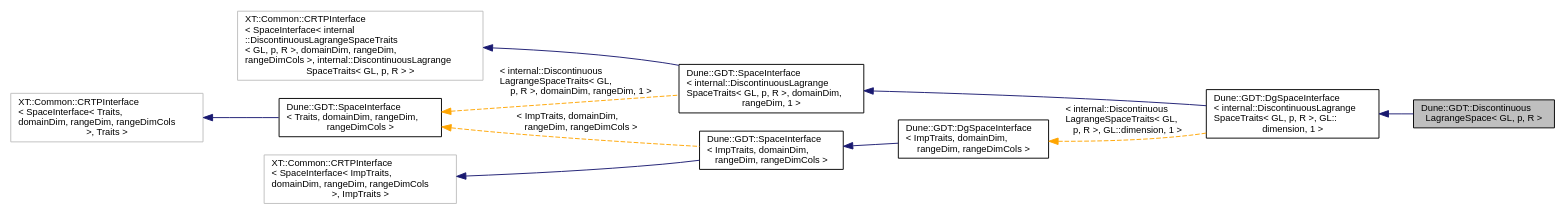
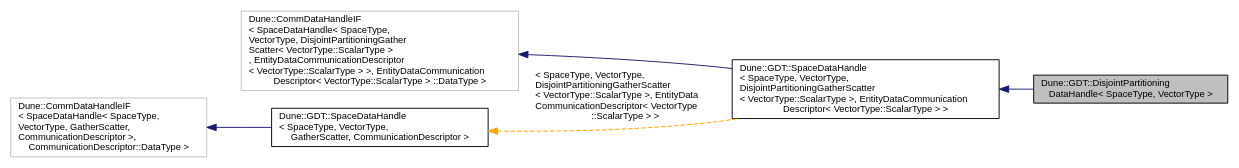
The diagram in docs/dune-gdt/''/a02560.dot (dune-community/dune-community.github.io), drawn with Graphviz before and after one commit. The commit also changed 2591 other files, not shown here.

Commit message:
Updated documentation for dune-gdt ''

```diff
--- a/docs/dune-gdt/''/a02560.dot
+++ b/docs/dune-gdt/''/a02560.dot
@@ -1,24 +1,15 @@
-digraph "Dune::GDT::DiscontinuousLagrangeSpace&lt; GL, p, R &gt;"
+digraph "Dune::GDT::DisjointPartitioningDataHandle&lt; SpaceType, VectorType &gt;"
 {
   edge [fontname="Helvetica",fontsize="10",labelfontname="Helvetica",labelfontsize="10"];
   node [fontname="Helvetica",fontsize="10",shape=record];
   rankdir="LR";
-  Node0 [label="Dune::GDT::Discontinuous\lLagrangeSpace\< GL, p, R \>",height=0.2,width=0.4,color="black", fillcolor="grey75", style="filled", fontcolor="black"];
+  Node0 [label="Dune::GDT::DisjointPartitioning\lDataHandle\< SpaceType, VectorType \>",height=0.2,width=0.4,color="black", fillcolor="grey75", style="filled", fontcolor="black"];
   Node1 -> Node0 [dir="back",color="midnightblue",fontsize="10",style="solid",fontname="Helvetica"];
-  Node1 [label="Dune::GDT::DgSpaceInterface\l\< internal::DiscontinuousLagrange\lSpaceTraits\< GL, p, R \>, GL::\ldimension, 1 \>",height=0.2,width=0.4,color="black", fillcolor="white", style="filled",URL="$a02589.html"];
+  Node1 [label="Dune::GDT::SpaceDataHandle\l\< SpaceType, VectorType,\l DisjointPartitioningGatherScatter\l\< VectorType::ScalarType \>, EntityDataCommunication\lDescriptor\< VectorType::ScalarType \> \>",height=0.2,width=0.4,color="black", fillcolor="white", style="filled",URL="$a02529.html"];
   Node2 -> Node1 [dir="back",color="midnightblue",fontsize="10",style="solid",fontname="Helvetica"];
-  Node2 [label="Dune::GDT::SpaceInterface\l\< internal::DiscontinuousLagrange\lSpaceTraits\< GL, p, R \>, domainDim,\l rangeDim, 1 \>",height=0.2,width=0.4,color="black", fillcolor="white", style="filled",URL="$a02705.html"];
-  Node3 -> Node2 [dir="back",color="midnightblue",fontsize="10",style="solid",fontname="Helvetica"];
-  Node3 [label="XT::Common::CRTPInterface\l\< SpaceInterface\< internal\l::DiscontinuousLagrangeSpaceTraits\l\< GL, p, R \>, domainDim, rangeDim,\l rangeDimCols \>, internal::DiscontinuousLagrange\lSpaceTraits\< GL, p, R \> \>",height=0.2,width=0.4,color="grey75", fillcolor="white", style="filled"];
-  Node4 -> Node2 [dir="back",color="orange",fontsize="10",style="dashed",label=" \< internal::Discontinuous\lLagrangeSpaceTraits\< GL,\l p, R \>, domainDim, rangeDim, 1 \>" ,fontname="Helvetica"];
-  Node4 [label="Dune::GDT::SpaceInterface\l\< Traits, domainDim, rangeDim,\l rangeDimCols \>",height=0.2,width=0.4,color="black", fillcolor="white", style="filled",URL="$a02705.html"];
-  Node5 -> Node4 [dir="back",color="midnightblue",fontsize="10",style="solid",fontname="Helvetica"];
-  Node5 [label="XT::Common::CRTPInterface\l\< SpaceInterface\< Traits,\l domainDim, rangeDim, rangeDimCols\l \>, Traits \>",height=0.2,width=0.4,color="grey75", fillcolor="white", style="filled"];
-  Node6 -> Node1 [dir="back",color="orange",fontsize="10",style="dashed",label=" \< internal::Discontinuous\lLagrangeSpaceTraits\< GL,\l p, R \>, GL::dimension, 1 \>" ,fontname="Helvetica"];
-  Node6 [label="Dune::GDT::DgSpaceInterface\l\< ImpTraits, domainDim,\l rangeDim, rangeDimCols \>",height=0.2,width=0.4,color="black", fillcolor="white", style="filled",URL="$a02589.html"];
-  Node7 -> Node6 [dir="back",color="midnightblue",fontsize="10",style="solid",fontname="Helvetica"];
-  Node7 [label="Dune::GDT::SpaceInterface\l\< ImpTraits, domainDim,\l rangeDim, rangeDimCols \>",height=0.2,width=0.4,color="black", fillcolor="white", style="filled",URL="$a02705.html"];
-  Node8 -> Node7 [dir="back",color="midnightblue",fontsize="10",style="solid",fontname="Helvetica"];
-  Node8 [label="XT::Common::CRTPInterface\l\< SpaceInterface\< ImpTraits,\l domainDim, rangeDim, rangeDimCols\l \>, ImpTraits \>",height=0.2,width=0.4,color="grey75", fillcolor="white", style="filled"];
-  Node4 -> Node7 [dir="back",color="orange",fontsize="10",style="dashed",label=" \< ImpTraits, domainDim,\l rangeDim, rangeDimCols \>" ,fontname="Helvetica"];
+  Node2 [label="Dune::CommDataHandleIF\l\< SpaceDataHandle\< SpaceType,\l VectorType, DisjointPartitioningGather\lScatter\< VectorType::ScalarType \>\l, EntityDataCommunicationDescriptor\l\< VectorType::ScalarType \> \>, EntityDataCommunication\lDescriptor\< VectorType::ScalarType \> ::DataType \>",height=0.2,width=0.4,color="grey75", fillcolor="white", style="filled"];
+  Node3 -> Node1 [dir="back",color="orange",fontsize="10",style="dashed",label=" \< SpaceType, VectorType,\l DisjointPartitioningGatherScatter\l\< VectorType::ScalarType \>, EntityData\lCommunicationDescriptor\< VectorType\l::ScalarType \> \>" ,fontname="Helvetica"];
+  Node3 [label="Dune::GDT::SpaceDataHandle\l\< SpaceType, VectorType,\l GatherScatter, CommunicationDescriptor \>",height=0.2,width=0.4,color="black", fillcolor="white", style="filled",URL="$a02529.html"];
+  Node4 -> Node3 [dir="back",color="midnightblue",fontsize="10",style="solid",fontname="Helvetica"];
+  Node4 [label="Dune::CommDataHandleIF\l\< SpaceDataHandle\< SpaceType,\l VectorType, GatherScatter,\l CommunicationDescriptor \>,\l CommunicationDescriptor::DataType \>",height=0.2,width=0.4,color="grey75", fillcolor="white", style="filled"];
 }
```
